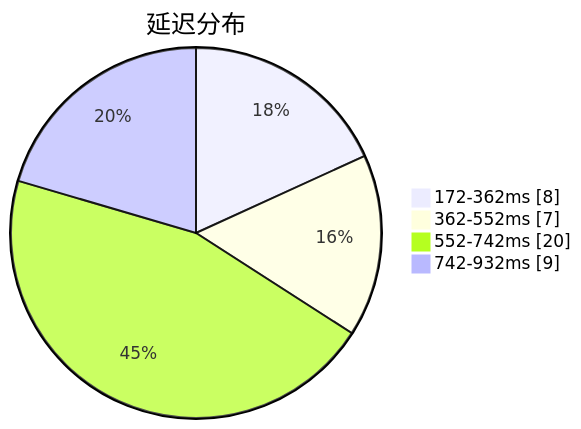
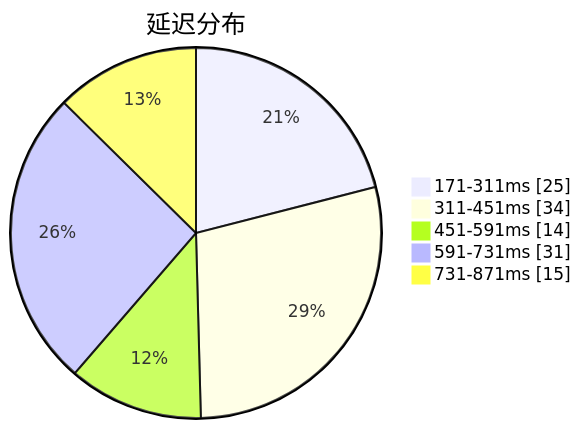
One commit to qjlxg/airport changed the first of 3 diagrams in subs/statistics/tested_within.md. Above: the diagram before and after it, drawn with Mermaid. The commit also changed other lines of this file and 2 other files, not shown here.

````diff
--- a/subs/statistics/tested_within.md
+++ b/subs/statistics/tested_within.md
@@ -2,8 +2,9 @@
 ```mermaid
 pie showData
 title 延迟分布
-"172-362ms" : 8
-"362-552ms" : 7
-"552-742ms" : 20
-"742-932ms" : 9
+"171-311ms" : 25
+"311-451ms" : 34
+"451-591ms" : 14
+"591-731ms" : 31
+"731-871ms" : 15
 ```
````
